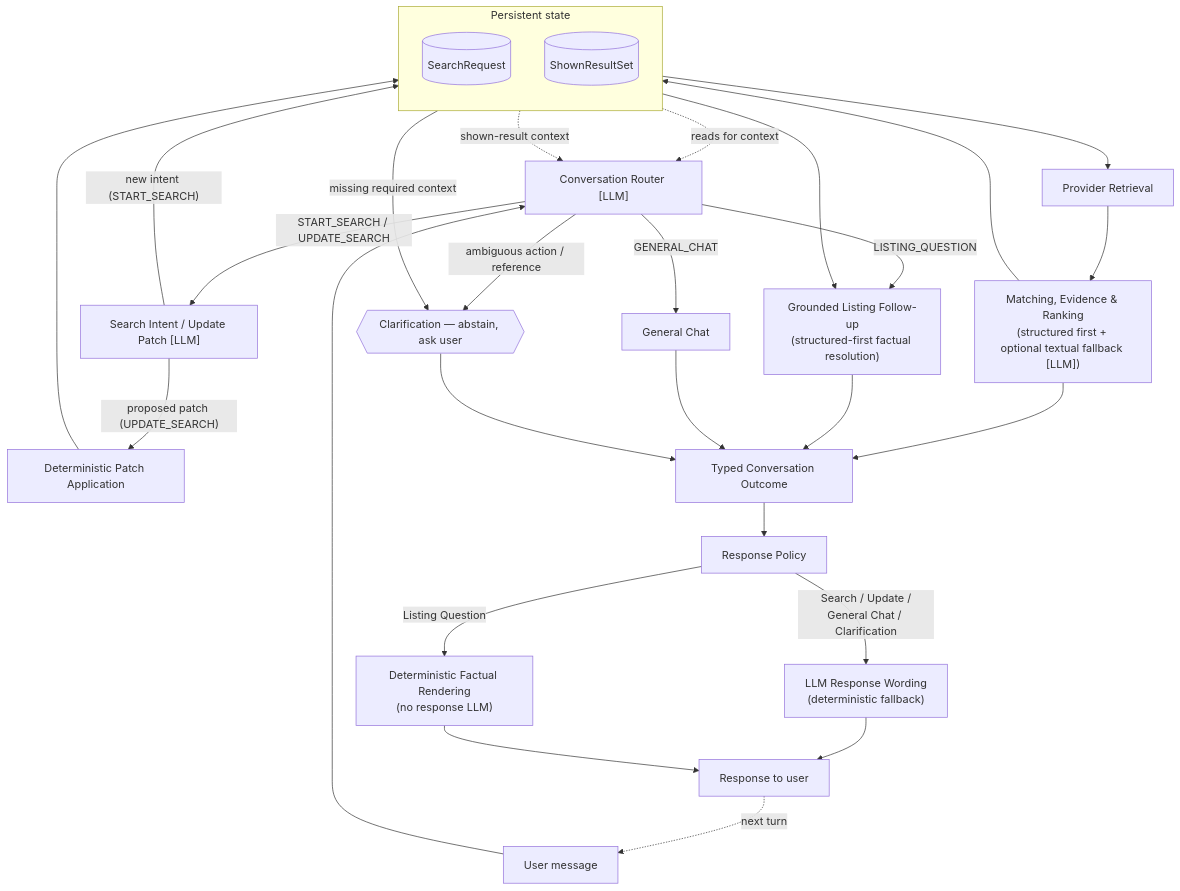
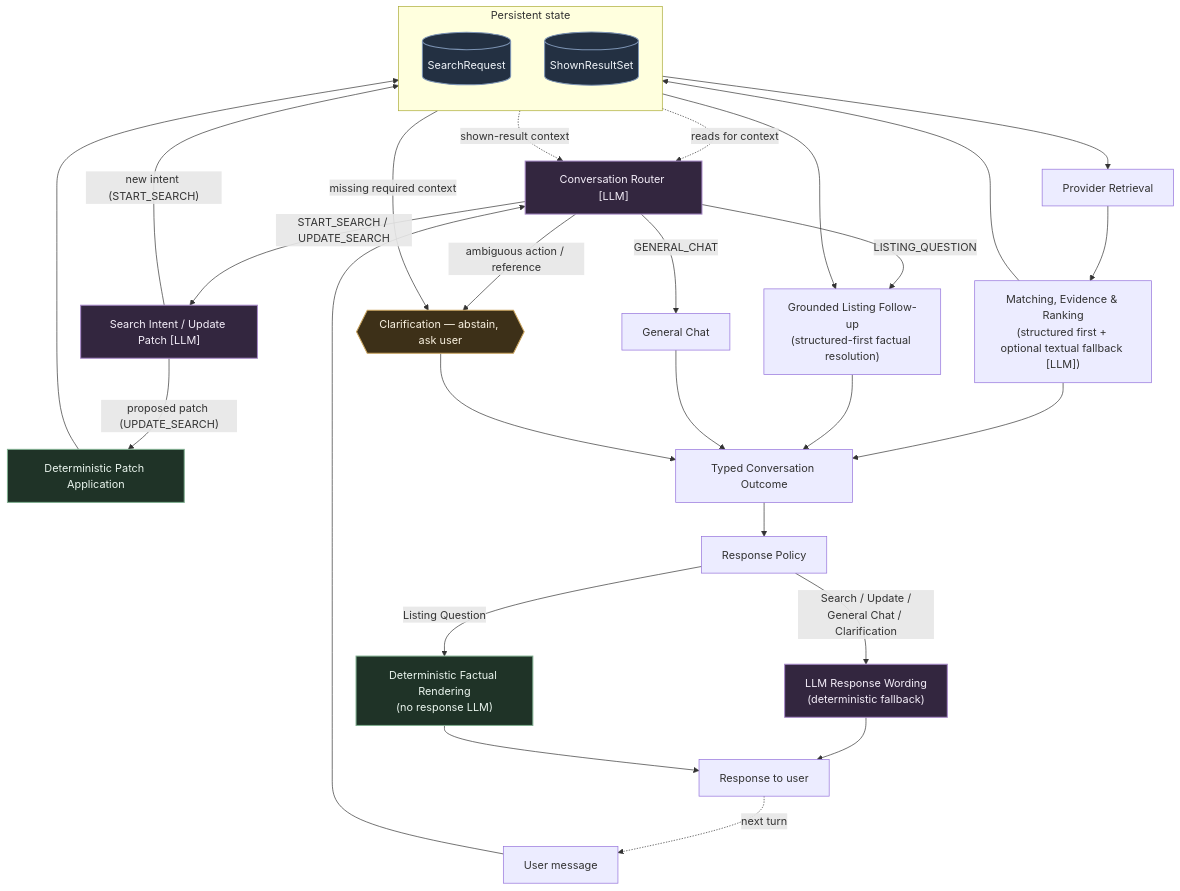
One commit to leylamehtiyeva/booking-ai-system changed the first of 2 diagrams in README.md. Above: the diagram before and after it, drawn with Mermaid. The commit also changed other lines of this file, not shown here.

Commit message:
docs: add semantic color classes to README architecture diagrams
Classes state/llm/det/clarify highlight persistent state, LLM-driven
steps, deterministic verdict/rendering points, and the clarification
gate across both Mermaid diagrams, while keeping mixed or routing-only
nodes neutral.

````diff
--- a/README.md
+++ b/README.md
@@ -7,44 +7,54 @@
 ```mermaid
 flowchart TD
     U[User message] --> R["Conversation Router [LLM]"]
 
     subgraph STATE["Persistent state"]
         direction TB
         SR[(SearchRequest)]
         SRS[(ShownResultSet)]
     end
 
     SR -. reads for context .-> R
     SRS -. shown-result context .-> R
 
     R -- "ambiguous action / reference" --> CLAR{{"Clarification — abstain, ask user"}}
     R -- "START_SEARCH / UPDATE_SEARCH" --> IP["Search Intent / Update Patch [LLM]"]
     R -- "LISTING_QUESTION" --> LQ["Grounded Listing Follow-up<br/>(structured-first factual resolution)"]
     R -- "GENERAL_CHAT" --> GC[General Chat]
 
     IP -- "new intent (START_SEARCH)" --> SR
     IP -- "proposed patch (UPDATE_SEARCH)" --> DPA[Deterministic Patch Application]
     DPA --> SR
 
     SR -- "missing required context" --> CLAR
     SR --> RET[Provider Retrieval]
     RET --> MER["Matching, Evidence & Ranking<br/>(structured first + optional textual fallback [LLM])"]
     MER --> SRS
 
     SRS --> LQ
 
     MER --> OUT[Typed Conversation Outcome]
     LQ --> OUT
     GC --> OUT
     CLAR --> OUT
 
     OUT --> POL[Response Policy]
 
     POL -- "Search / Update /<br/>General Chat / Clarification" --> LLMR["LLM Response Wording<br/>(deterministic fallback)"]
     POL -- "Listing Question" --> DFR["Deterministic Factual Rendering<br/>(no response LLM)"]
 
     LLMR --> RESP[Response to user]
     DFR --> RESP
 
     RESP -. next turn .-> U
+
+    classDef state fill:#233042,stroke:#7c93b3,stroke-width:1.5px,color:#eef2f7;
+    classDef llm fill:#33263f,stroke:#a889c9,stroke-width:1.5px,color:#f4eef9;
+    classDef det fill:#1f3327,stroke:#7fae8f,stroke-width:1.5px,color:#eaf5ee;
+    classDef clarify fill:#3d3018,stroke:#c9a35c,stroke-width:1.5px,color:#f9f1e0;
+
+    class R,IP,LLMR llm;
+    class SR,SRS state;
+    class DPA,DFR det;
+    class CLAR clarify;
 ```
````
